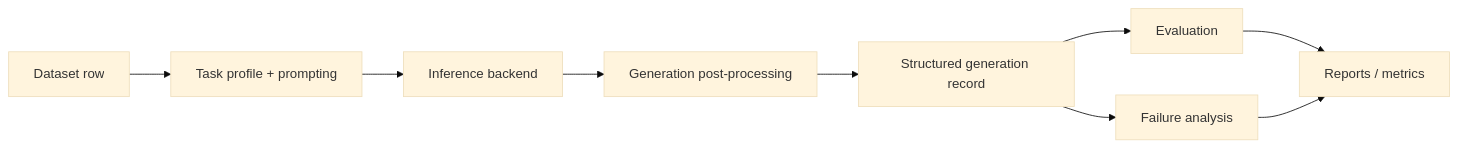
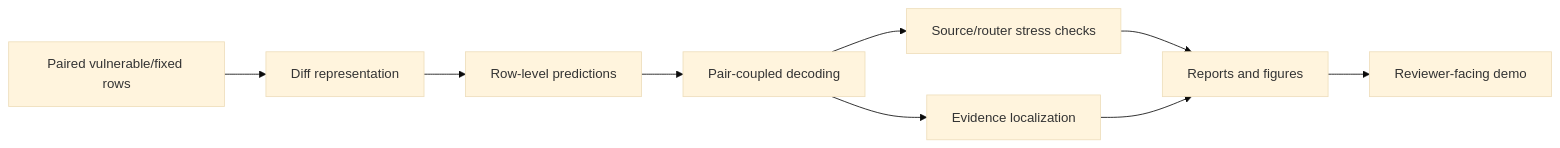
The diagram in docs/ARCHITECTURE.md (cyb2oo2/verisec-forge), drawn with Mermaid (base theme) before and after one commit. The commit also changed other lines of this file and 992 other files, not shown here.

````diff
--- a/docs/ARCHITECTURE.md
+++ b/docs/ARCHITECTURE.md
@@ -87,11 +41,11 @@
 ```mermaid
 flowchart LR
-  A["Dataset row"] --> B["Task profile + prompting"]
-  B --> C["Inference backend"]
-  C --> D["Generation post-processing"]
-  D --> E["Structured generation record"]
-  E --> F["Evaluation"]
-  E --> G["Failure analysis"]
-  F --> H["Reports / metrics"]
-  G --> H
+  A["Paired vulnerable/fixed rows"] --> B["Diff representation"]
+  B --> C["Row-level predictions"]
+  C --> D["Pair-coupled decoding"]
+  D --> E["Source/router stress checks"]
+  D --> F["Evidence localization"]
+  E --> G["Reports and figures"]
+  F --> G
+  G --> H["Reviewer-facing demo"]
 ```
````
